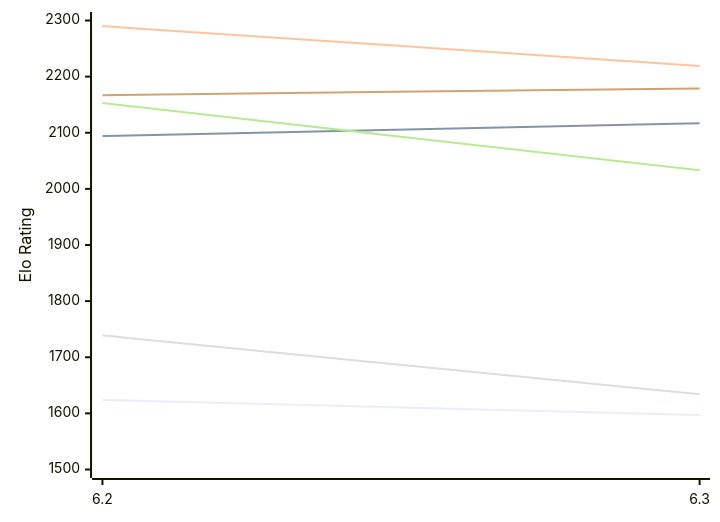
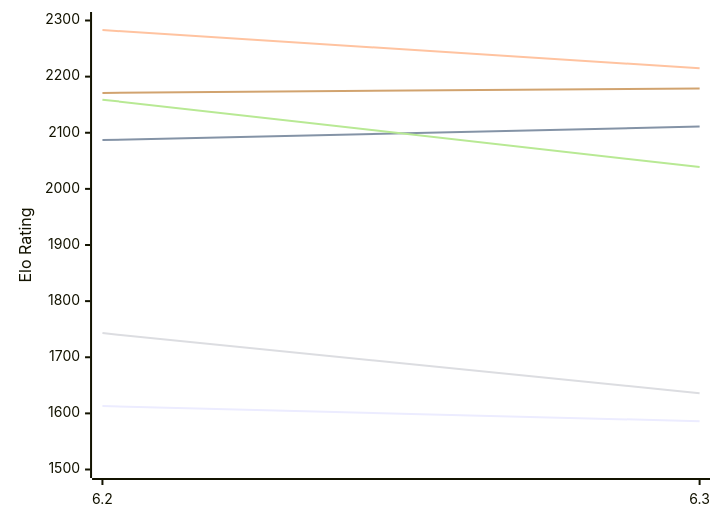
The first of 2 diagrams in engines/chess4j.md (computer-chess-index/cci), drawn with Mermaid before and after one commit. The commit also changed other lines of this file, not shown here.

Commit message:
Update CCI Ratings (ELO VLTC) - 2026-11-18

````diff
--- a/engines/chess4j.md
+++ b/engines/chess4j.md
@@ -50,12 +50,12 @@
 ```mermaid
 %%{init: {"theme":"base","themeVariables":{"seriesColors:['#a3a3a3','#222221','#faa371']}}}%%
 xychart-beta
   x-axis ["6.2", "6.3"]
   y-axis "Elo Rating" 1500 --> 2300
-  line "E1: STC (8.0+0.08s)" [1624, 1597]
-  line "E1: LTC (60.0+0.60s)" [2094, 2117]
-  line "E1: VLTC (2m24s+1.12s)" [2290, 2219]
-  line "P1: STC (8.0+0.08s)" [1739, 1634]
-  line "P1: LTC (60.0+0.60s)" [2153, 2033]
-  line "P1: VLTC (2m24s+1.12s)" [2167, 2179]
+  line "E1: STC (8.0+0.08s)" [1613, 1586]
+  line "E1: LTC (60.0+0.60s)" [2087, 2111]
+  line "E1: VLTC (2m24s+1.12s)" [2283, 2215]
+  line "P1: STC (8.0+0.08s)" [1743, 1636]
+  line "P1: LTC (60.0+0.60s)" [2159, 2039]
+  line "P1: VLTC (2m24s+1.12s)" [2171, 2179]
 ```
````
